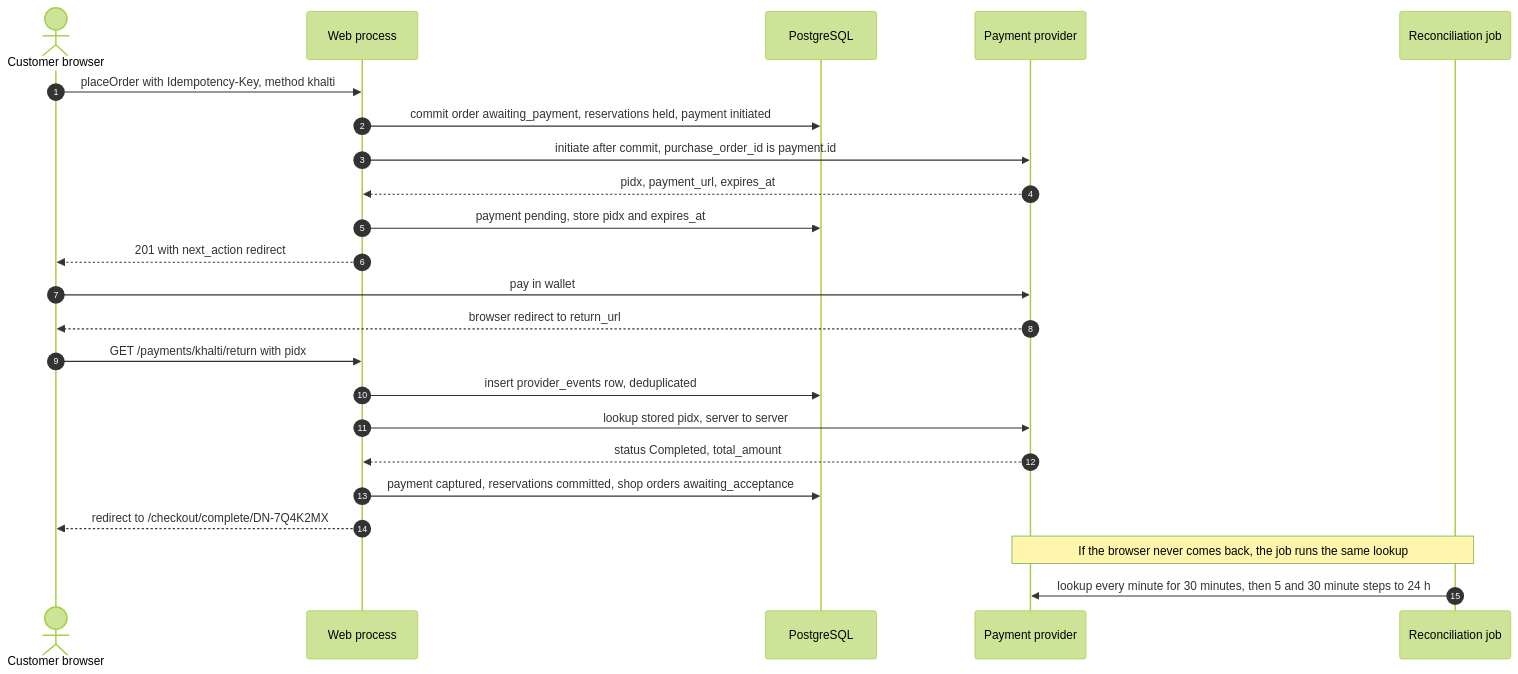
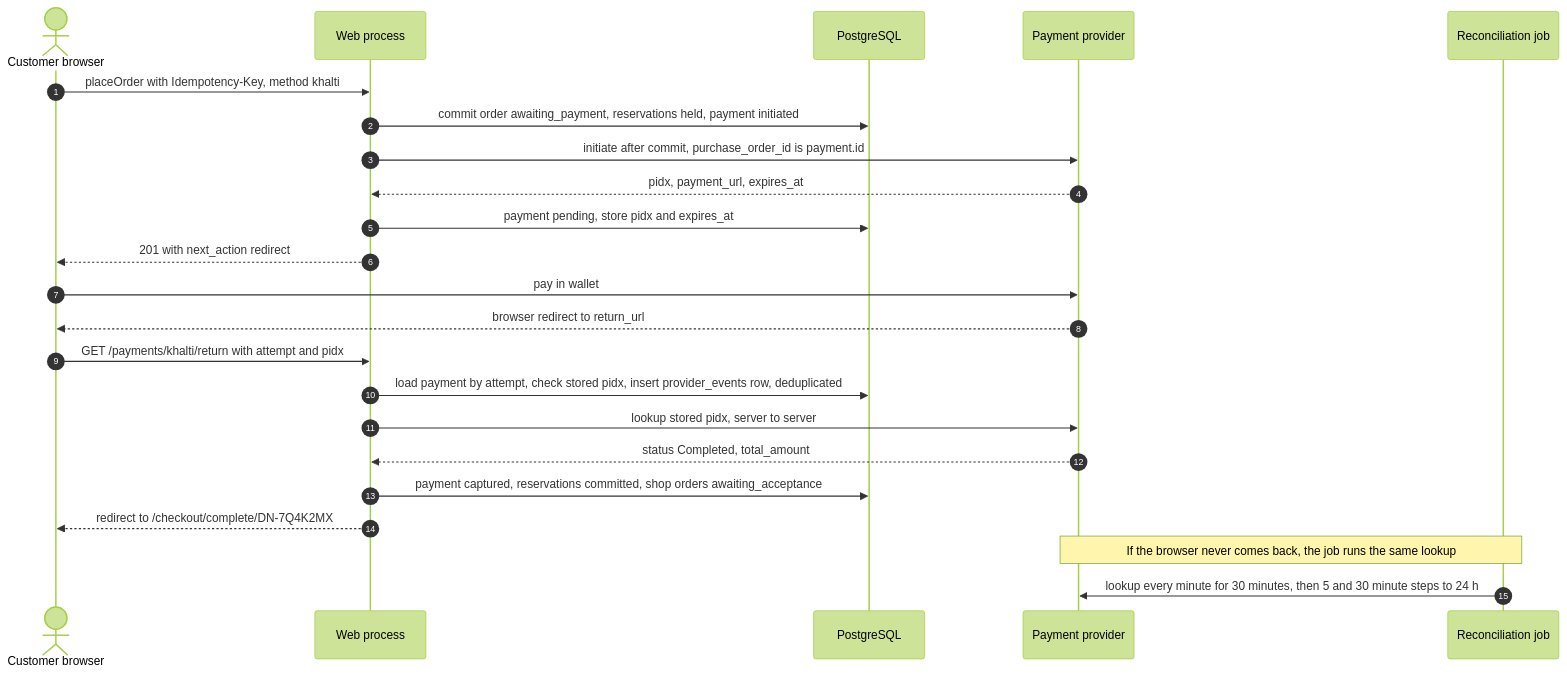
Before and after one commit to harublank0-0/drip-nepal: the fifth of 6 diagrams in docs/02-user-journeys-and-acceptance-criteria.md, drawn with Mermaid (forest theme). The commit also changed other lines of this file and 23 other files, not shown here.

````diff
--- a/docs/02-user-journeys-and-acceptance-criteria.md
+++ b/docs/02-user-journeys-and-acceptance-criteria.md
@@ -512,25 +513,25 @@
 ```mermaid
 sequenceDiagram
   autonumber
   actor C as Customer browser
   participant W as Web process
   participant DB as PostgreSQL
   participant P as Payment provider
   participant J as Reconciliation job
   C->>W: placeOrder with Idempotency-Key, method khalti
   W->>DB: commit order awaiting_payment, reservations held, payment initiated
   W->>P: initiate after commit, purchase_order_id is payment.id
   P-->>W: pidx, payment_url, expires_at
   W->>DB: payment pending, store pidx and expires_at
   W-->>C: 201 with next_action redirect
   C->>P: pay in wallet
   P-->>C: browser redirect to return_url
-  C->>W: GET /payments/khalti/return with pidx
-  W->>DB: insert provider_events row, deduplicated
+  C->>W: GET /payments/khalti/return with attempt and pidx
+  W->>DB: load payment by attempt, check stored pidx, insert provider_events row, deduplicated
   W->>P: lookup stored pidx, server to server
   P-->>W: status Completed, total_amount
   W->>DB: payment captured, reservations committed, shop orders awaiting_acceptance
   W-->>C: redirect to /checkout/complete/DN-7Q4K2MX
   Note over J,P: If the browser never comes back, the job runs the same lookup
   J->>P: lookup every minute for 30 minutes, then 5 and 30 minute steps to 24 h
 ```
````
